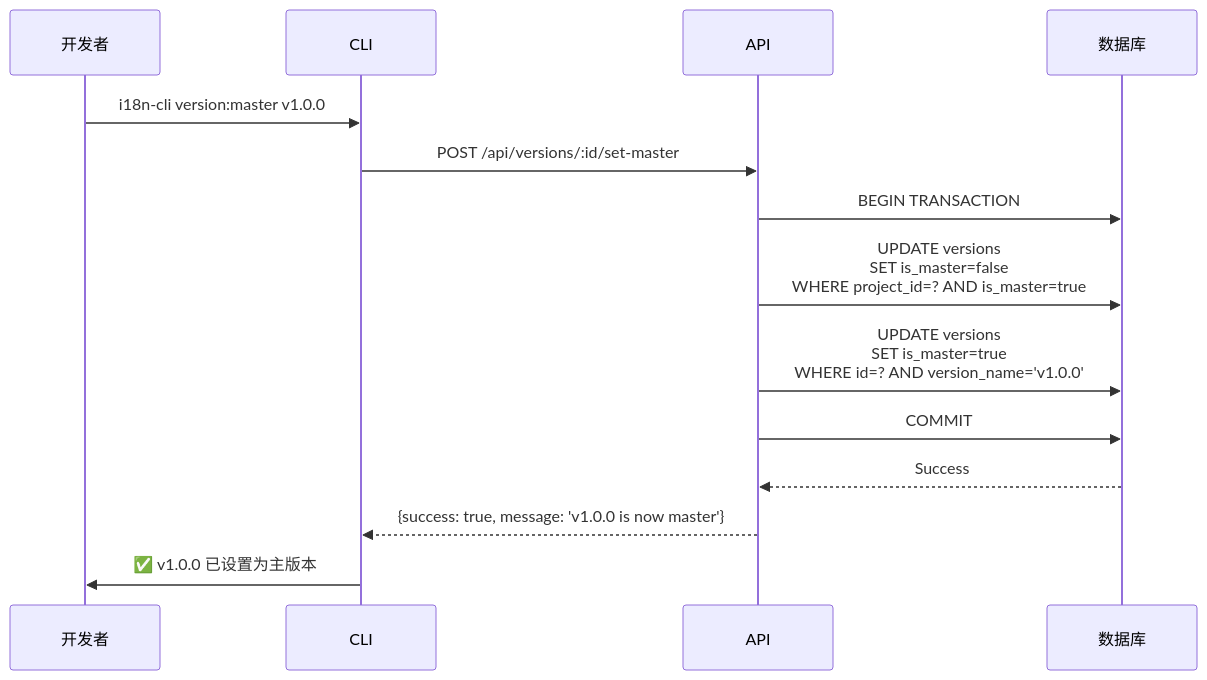
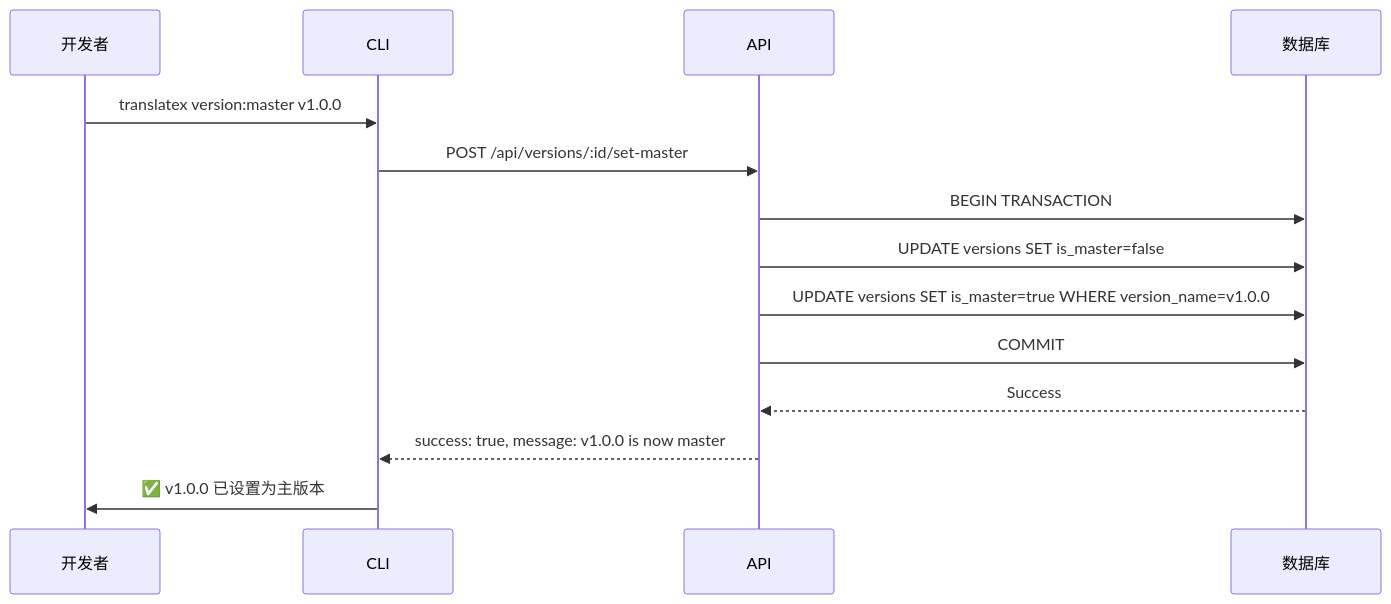
The tenth of 19 diagrams in workflows-diagrams.md (zhaotoday/translatex), drawn with Mermaid before and after one commit. The commit also changed other lines of this file and 5 other files, not shown here.

````diff
--- a/workflows-diagrams.md
+++ b/workflows-diagrams.md
@@ -338,22 +319,22 @@
 ```mermaid
 sequenceDiagram
     participant Dev as 开发者
     participant CLI as CLI
     participant API as API
     participant DB as 数据库
     
-    Dev->>CLI: i18n-cli version:master v1.0.0
+    Dev->>CLI: translatex version:master v1.0.0
     CLI->>API: POST /api/versions/:id/set-master
     
     API->>DB: BEGIN TRANSACTION
     
-    API->>DB: UPDATE versions<br/>SET is_master=false<br/>WHERE project_id=? AND is_master=true
+    API->>DB: UPDATE versions SET is_master=false
     
-    API->>DB: UPDATE versions<br/>SET is_master=true<br/>WHERE id=? AND version_name='v1.0.0'
+    API->>DB: UPDATE versions SET is_master=true WHERE version_name=v1.0.0
     
     API->>DB: COMMIT
     
     DB-->>API: Success
-    API-->>CLI: {success: true, message: 'v1.0.0 is now master'}
+    API-->>CLI: success: true, message: v1.0.0 is now master
     CLI->>Dev: ✅ v1.0.0 已设置为主版本
 ```
````
